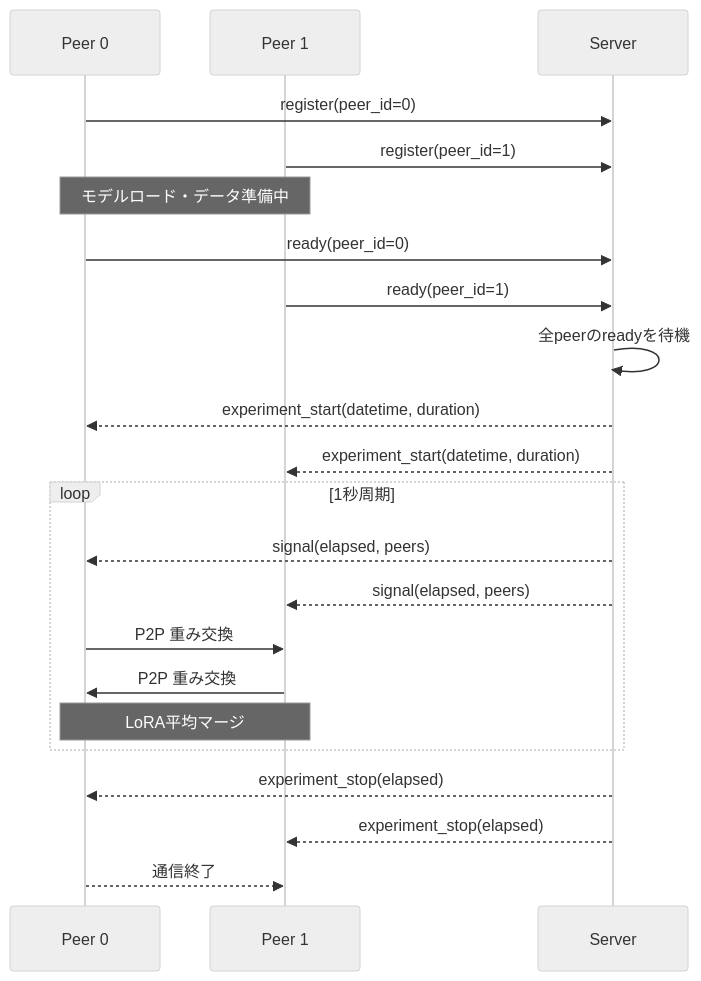
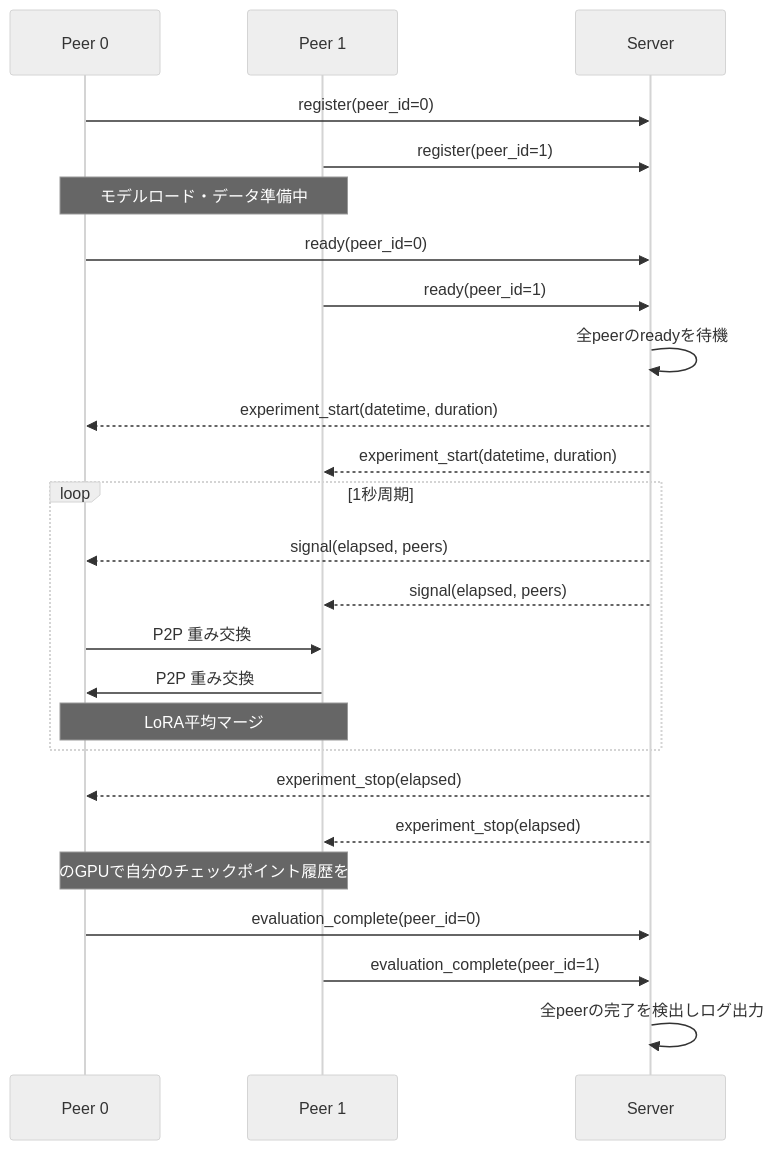
The fifth of 6 diagrams in README.md (babcs2035/WAFL-PEFT), drawn with Mermaid (neutral theme) before and after one commit. The commit also changed other lines of this file and 11 other files, not shown here.

````diff
--- a/README.md
+++ b/README.md
@@ -328,27 +461,30 @@
 ```mermaid
 sequenceDiagram
     participant C0 as Peer 0
     participant C1 as Peer 1
     participant S as Server
 
     C0->>S: register(peer_id=0)
     C1->>S: register(peer_id=1)
     Note over C0,C1: モデルロード・データ準備中
     C0->>S: ready(peer_id=0)
     C1->>S: ready(peer_id=1)
     S->>S: 全peerのreadyを待機
     S-->>C0: experiment_start(datetime, duration)
     S-->>C1: experiment_start(datetime, duration)
 
     loop 1秒周期
         S-->>C0: signal(elapsed, peers)
         S-->>C1: signal(elapsed, peers)
         C0->>C1: P2P 重み交換
         C1->>C0: P2P 重み交換
         Note over C0,C1: LoRA平均マージ
     end
 
     S-->>C0: experiment_stop(elapsed)
     S-->>C1: experiment_stop(elapsed)
-    C0-->>C1: 通信終了
+    Note over C0,C1: 各自のGPUで自分のチェックポイント履歴を評価
+    C0->>S: evaluation_complete(peer_id=0)
+    C1->>S: evaluation_complete(peer_id=1)
+    S->>S: 全peerの完了を検出しログ出力
 ```
````
